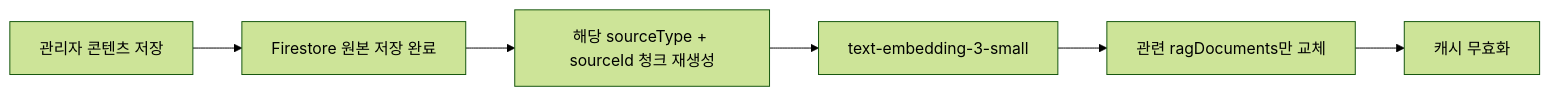
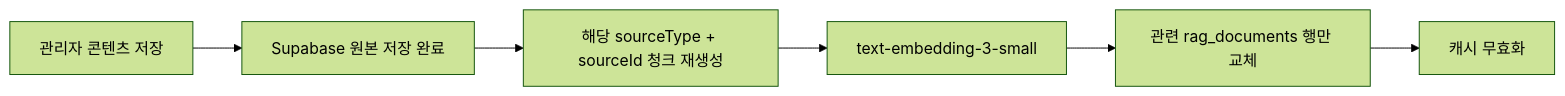
The fourth of 5 diagrams in docs/troubleshooting/chatbot-search-architecture.md (SJLee-0525/aperture), drawn with Mermaid (forest theme) before and after one commit. The commit also changed other lines of this file and 1 other file, not shown here.

````diff
--- a/docs/troubleshooting/chatbot-search-architecture.md
+++ b/docs/troubleshooting/chatbot-search-architecture.md
@@ -340,8 +344,8 @@
 ```mermaid
 flowchart LR
-    A[관리자 콘텐츠 저장] --> B[Firestore 원본 저장 완료]
+    A[관리자 콘텐츠 저장] --> B[Supabase 원본 저장 완료]
     B --> C[해당 sourceType + sourceId 청크 재생성]
     C --> D[text-embedding-3-small]
-    D --> E[관련 ragDocuments만 교체]
+    D --> E[관련 rag_documents 행만 교체]
     E --> F[캐시 무효화]
 ```
````
